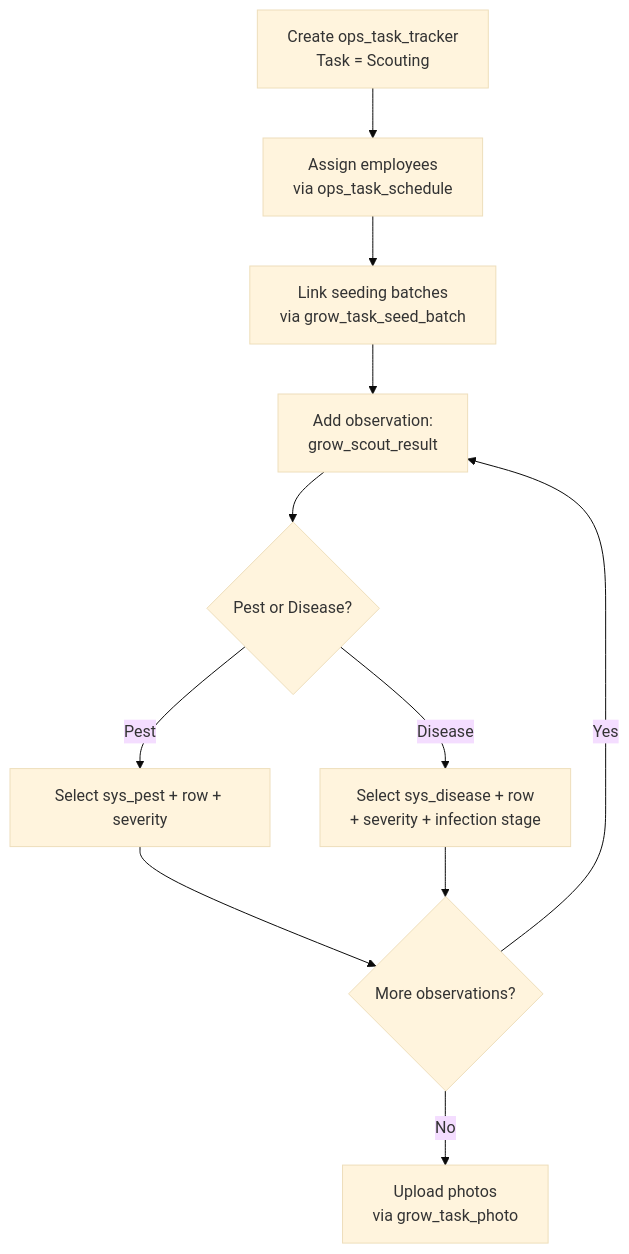
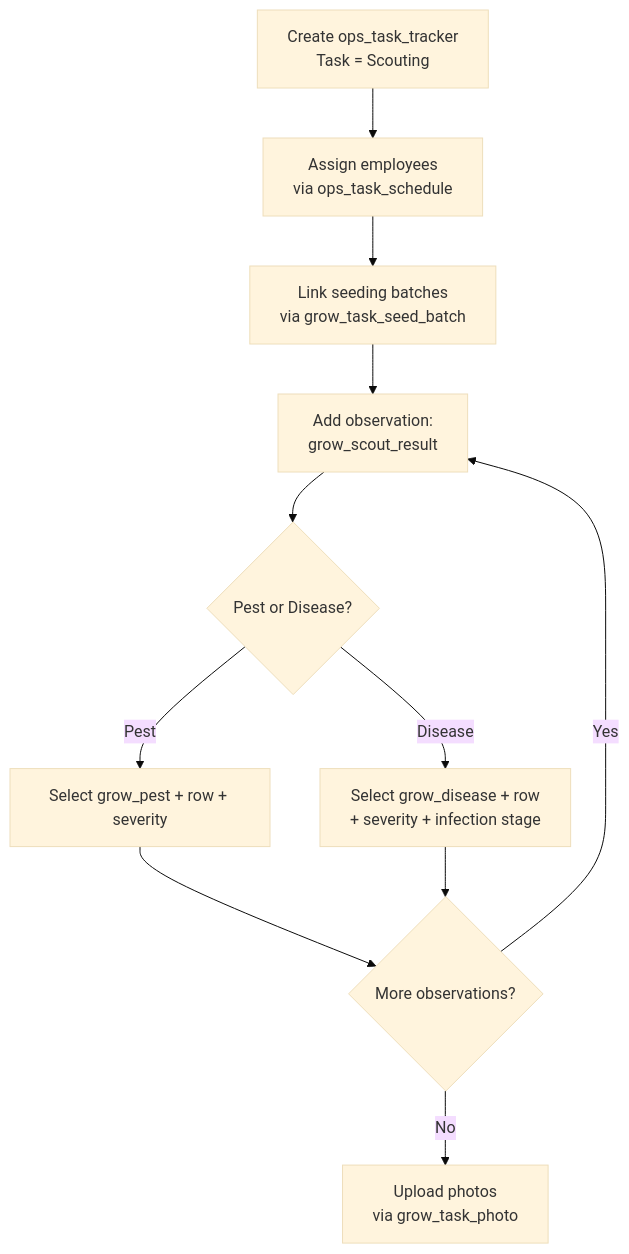
Before and after one commit to Hawaii-Farming/aloha-app: the diagram in docs/processes/20260327_05_grow_scouting_workflow.md, drawn with Mermaid (base theme). The commit also changed other lines of this file and 17 other files, not shown here.

````diff
--- a/docs/processes/20260327_05_grow_scouting_workflow.md
+++ b/docs/processes/20260327_05_grow_scouting_workflow.md
@@ -52,13 +52,13 @@
 ```mermaid
 flowchart TD
     A[Create ops_task_tracker\nTask = Scouting] --> A1[Assign employees\nvia ops_task_schedule]
     A1 --> B[Link seeding batches\nvia grow_task_seed_batch]
     B --> C[Add observation:\ngrow_scout_result]
     C --> D{Pest or Disease?}
-    D -->|Pest| E[Select sys_pest + row + severity]
-    D -->|Disease| F[Select sys_disease + row\n+ severity + infection stage]
+    D -->|Pest| E[Select grow_pest + row + severity]
+    D -->|Disease| F[Select grow_disease + row\n+ severity + infection stage]
     E --> G{More observations?}
     F --> G
     G -->|Yes| C
     G -->|No| H[Upload photos\nvia grow_task_photo]
 ```
````
